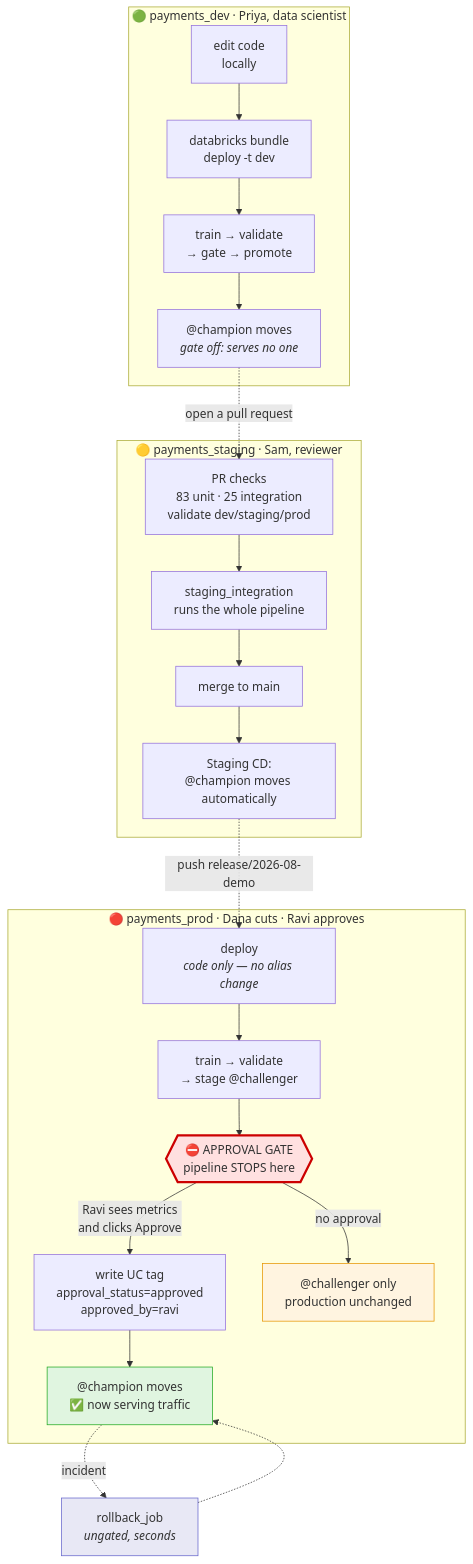
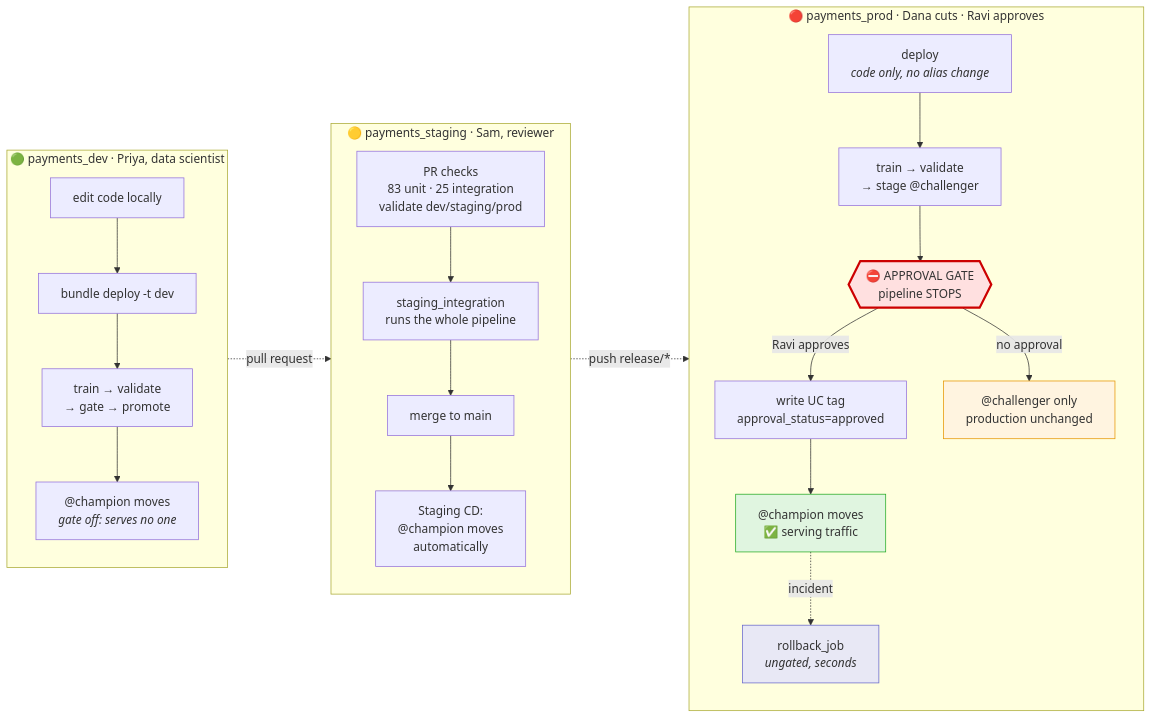
The diagram in docs/DEMO_SCRIPT.md (anirvandecodes/databricks_mlops_platform), drawn with Mermaid before and after one commit. The commit also changed 1 other file, not shown here.

Commit message:
Lay the flow diagram out left to right and commit a rendered PNG
Rendered the diagram to check it, which showed the TD layout produced a 617x2085 vertical
strip — it parses fine but on a shared screen you would either scroll it or shrink it past
readability. Switched to flowchart LR with per-subgraph direction TB, giving 1516x967, and
the three environments now read left to right as the journey they describe.

Committed the rendered PNG at docs/images/demo-flow.png so it can be dropped into a slide
without a Mermaid toolchain.

````diff
--- a/docs/DEMO_SCRIPT.md
+++ b/docs/DEMO_SCRIPT.md
@@ -46,36 +46,32 @@
 ```mermaid
-flowchart TD
+flowchart LR
     subgraph DEV["🟢 payments_dev · Priya, data scientist"]
-        D1["edit code<br/>locally"] --> D2["databricks bundle<br/>deploy -t dev"]
+        direction TB
+        D1["edit code locally"] --> D2["bundle deploy -t dev"]
         D2 --> D3["train → validate<br/>→ gate → promote"]
         D3 --> D4["@champion moves<br/><i>gate off: serves no one</i>"]
     end
-
-    D4 -.->|"open a pull request"| PR
-
     subgraph STG["🟡 payments_staging · Sam, reviewer"]
+        direction TB
         PR["PR checks<br/>83 unit · 25 integration<br/>validate dev/staging/prod"]
         PR --> S1["staging_integration<br/>runs the whole pipeline"]
         S1 --> S2["merge to main"]
-        S2 --> S3["Staging CD:<br/>@champion moves automatically"]
+        S2 --> S3["Staging CD:<br/>@champion moves<br/>automatically"]
     end
-
-    S3 -.->|"push release/2026-08-demo"| P1
-
     subgraph PRD["🔴 payments_prod · Dana cuts · Ravi approves"]
-        P1["deploy<br/><i>code only — no alias change</i>"]
+        direction TB
+        P1["deploy<br/><i>code only, no alias change</i>"]
         P1 --> P2["train → validate<br/>→ stage @challenger"]
-        P2 --> GATE{{"⛔ APPROVAL GATE<br/>pipeline STOPS here"}}
-        GATE -->|"Ravi sees metrics<br/>and clicks Approve"| P3["write UC tag<br/>approval_status=approved<br/>approved_by=ravi"]
-        P3 --> P4["@champion moves<br/>✅ now serving traffic"]
+        P2 --> GATE{{"⛔ APPROVAL GATE<br/>pipeline STOPS"}}
+        GATE -->|"Ravi approves"| P3["write UC tag<br/>approval_status=approved"]
+        P3 --> P4["@champion moves<br/>✅ serving traffic"]
         GATE -->|"no approval"| BLOCK["@challenger only<br/>production unchanged"]
+        P4 -.->|"incident"| RB["rollback_job<br/><i>ungated, seconds</i>"]
     end
-
-    P4 -.->|"incident"| RB["rollback_job<br/><i>ungated, seconds</i>"]
-    RB -.-> P4
-
+    D4 -.->|"pull request"| PR
+    S3 -.->|"push release/*"| P1
     style GATE fill:#ffe0e0,stroke:#c00,stroke-width:3px
     style BLOCK fill:#fff4e0,stroke:#e69500
     style P4 fill:#e0f5e0,stroke:#2a2
     style RB fill:#e8e8f5,stroke:#66c
 ```
````
